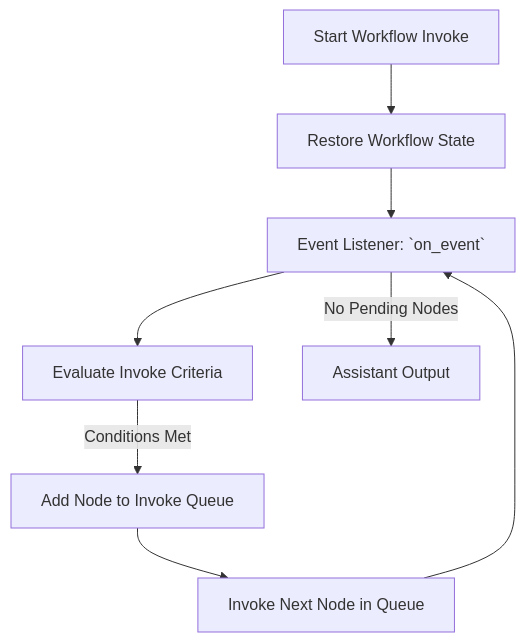
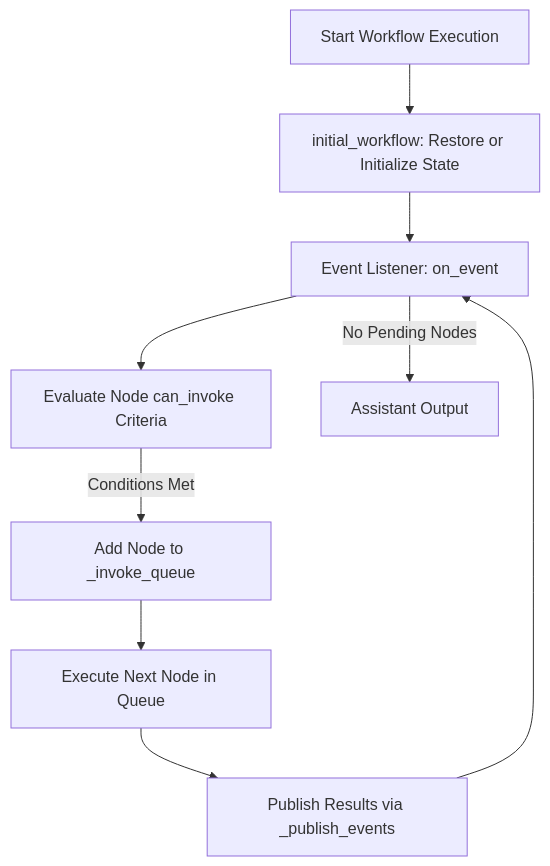
Before and after one commit to binome-dev/graphite: the first of 5 diagrams in docs/docs/user-guide/event-driven-workflow.md, drawn with Mermaid. The commit also changed other lines of this file and 27 other files, not shown here.

````diff
--- a/docs/docs/user-guide/event-driven-workflow.md
+++ b/docs/docs/user-guide/event-driven-workflow.md
@@ -31,11 +48,11 @@
 ```mermaid
 graph TD
-    Start[Start Workflow Invoke] --> Restore[Restore Workflow State]
-    Restore[Restore Workflow State] --> EventListener[Event Listener: `on_event`]
-    EventListener --> CheckCriteria[Evaluate Invoke Criteria]
-    CheckCriteria -->|Conditions Met| QueueNode[Add Node to Invoke Queue]
-    QueueNode --> InvokeNode[Invoke Next Node in Queue]
-    InvokeNode --> EventListener
+    Start[Start Workflow Execution] --> Init[initial_workflow: Restore or Initialize State]
+    Init --> EventListener[Event Listener: on_event]
+    EventListener --> CheckCriteria[Evaluate Node can_invoke Criteria]
+    CheckCriteria -->|Conditions Met| QueueNode[Add Node to _invoke_queue]
+    QueueNode --> InvokeNode[Execute Next Node in Queue]
+    InvokeNode --> PublishResults[Publish Results via _publish_events]
+    PublishResults --> EventListener
     EventListener -->|No Pending Nodes| Output[Assistant Output]
-
 ```
````
